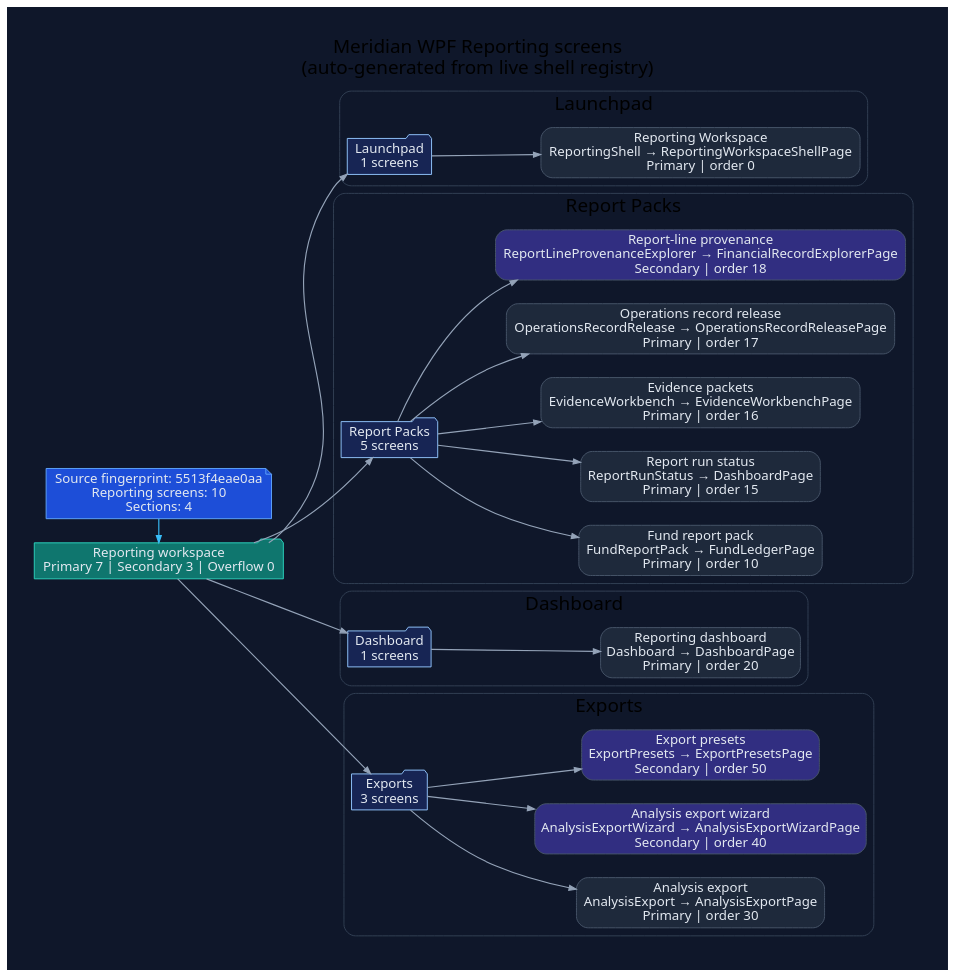
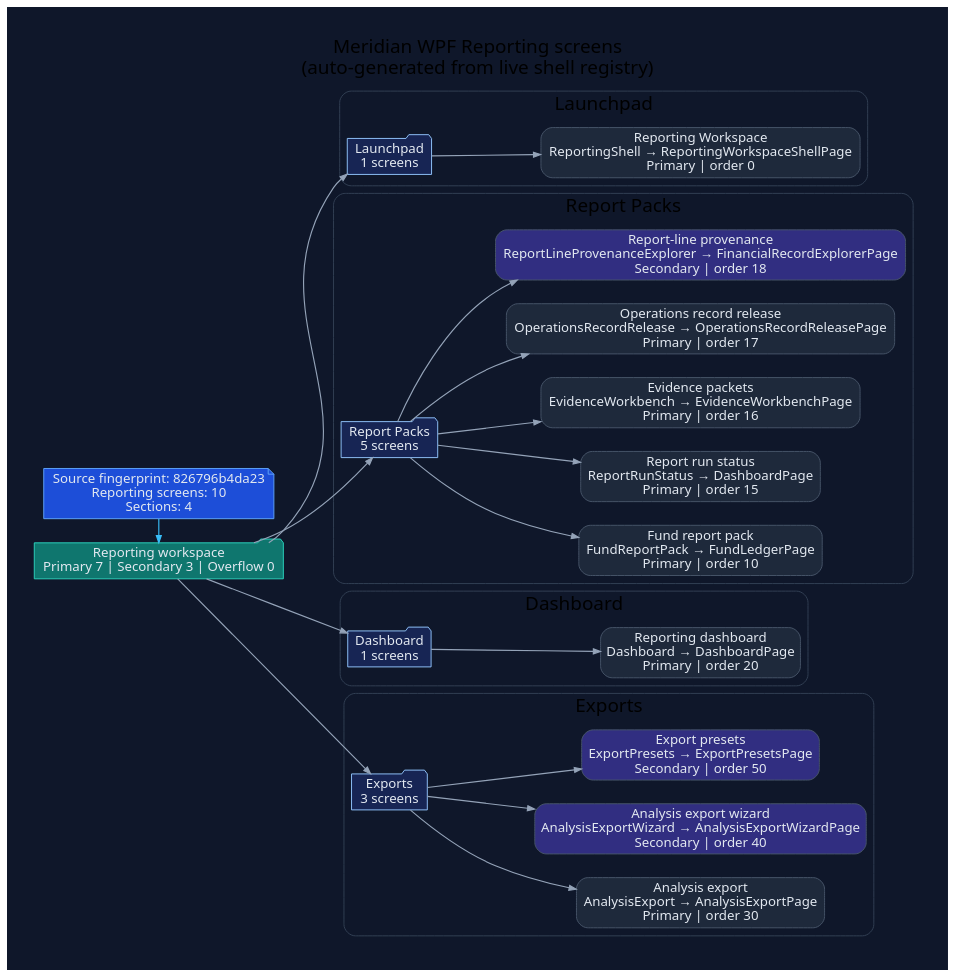
The diagram in docs/diagrams/ui-wpf-screens-reporting.dot (rodoHasArrived/Meridian-main), drawn with Graphviz before and after one commit. The commit also changed 54 other files, not shown here.

```diff
--- a/docs/diagrams/ui-wpf-screens-reporting.dot
+++ b/docs/diagrams/ui-wpf-screens-reporting.dot
@@ -1,78 +1,78 @@
 // -----------------------------------------------------------------------------
 // <auto-generated>
 // Generated by scripts/generate-diagrams.mjs.
 // Do not edit this file directly; update the WPF source files instead.
 // -----------------------------------------------------------------------------
 digraph WpfReportingScreens {
   graph [
     rankdir=LR,
     labelloc=t,
     label="Meridian WPF Reporting screens\n(auto-generated from live shell registry)",
     fontname="Segoe UI",
     fontsize=20,
     pad=0.4,
     nodesep=0.35,
     ranksep=0.85,
     bgcolor="#0f172a"
   ];
   node [fontname="Segoe UI", shape=box, style="rounded,filled", color="#475569", fontcolor="#e2e8f0", fillcolor="#1e293b"];
   edge [fontname="Segoe UI", color="#94a3b8", penwidth=1.2, arrowsize=0.75];
 
-  generated [shape=note, fillcolor="#1d4ed8", color="#60a5fa", label="Source fingerprint: 5513f4eae0aa\nReporting screens: 10\nSections: 4"];
+  generated [shape=note, fillcolor="#1d4ed8", color="#60a5fa", label="Source fingerprint: 826796b4da23\nReporting screens: 10\nSections: 4"];
   workspace [shape=folder, fillcolor="#0f766e", color="#2dd4bf", label="Reporting workspace\nPrimary 7 | Secondary 3 | Overflow 0"];
   generated -> workspace [color="#38bdf8"];
 
   subgraph cluster_section_1 {
     label="Launchpad";
     color="#334155";
     style="rounded";
     section_1 [shape=folder, fillcolor="#172554", color="#93c5fd", label="Launchpad\n1 screens"];
     workspace -> section_1;
     screen_ReportingShell [fillcolor="#1e293b", label="Reporting Workspace\nReportingShell → ReportingWorkspaceShellPage\nPrimary | order 0"];
     section_1 -> screen_ReportingShell;
   }
 
   subgraph cluster_section_2 {
     label="Report Packs";
     color="#334155";
     style="rounded";
     section_2 [shape=folder, fillcolor="#172554", color="#93c5fd", label="Report Packs\n5 screens"];
     workspace -> section_2;
     screen_FundReportPack [fillcolor="#1e293b", label="Fund report pack\nFundReportPack → FundLedgerPage\nPrimary | order 10"];
     section_2 -> screen_FundReportPack;
     screen_ReportRunStatus [fillcolor="#1e293b", label="Report run status\nReportRunStatus → DashboardPage\nPrimary | order 15"];
     section_2 -> screen_ReportRunStatus;
     screen_EvidenceWorkbench [fillcolor="#1e293b", label="Evidence packets\nEvidenceWorkbench → EvidenceWorkbenchPage\nPrimary | order 16"];
     section_2 -> screen_EvidenceWorkbench;
     screen_OperationsRecordRelease [fillcolor="#1e293b", label="Operations record release\nOperationsRecordRelease → OperationsRecordReleasePage\nPrimary | order 17"];
     section_2 -> screen_OperationsRecordRelease;
     screen_ReportLineProvenanceExplorer [fillcolor="#312e81", label="Report-line provenance\nReportLineProvenanceExplorer → FinancialRecordExplorerPage\nSecondary | order 18"];
     section_2 -> screen_ReportLineProvenanceExplorer;
   }
 
   subgraph cluster_section_3 {
     label="Dashboard";
     color="#334155";
     style="rounded";
     section_3 [shape=folder, fillcolor="#172554", color="#93c5fd", label="Dashboard\n1 screens"];
     workspace -> section_3;
     screen_Dashboard [fillcolor="#1e293b", label="Reporting dashboard\nDashboard → DashboardPage\nPrimary | order 20"];
     section_3 -> screen_Dashboard;
   }
 
   subgraph cluster_section_4 {
     label="Exports";
     color="#334155";
     style="rounded";
     section_4 [shape=folder, fillcolor="#172554", color="#93c5fd", label="Exports\n3 screens"];
     workspace -> section_4;
     screen_AnalysisExport [fillcolor="#1e293b", label="Analysis export\nAnalysisExport → AnalysisExportPage\nPrimary | order 30"];
     section_4 -> screen_AnalysisExport;
     screen_AnalysisExportWizard [fillcolor="#312e81", label="Analysis export wizard\nAnalysisExportWizard → AnalysisExportWizardPage\nSecondary | order 40"];
     section_4 -> screen_AnalysisExportWizard;
     screen_ExportPresets [fillcolor="#312e81", label="Export presets\nExportPresets → ExportPresetsPage\nSecondary | order 50"];
     section_4 -> screen_ExportPresets;
   }
 
   { rank=min; generated; workspace; }
 }
```
